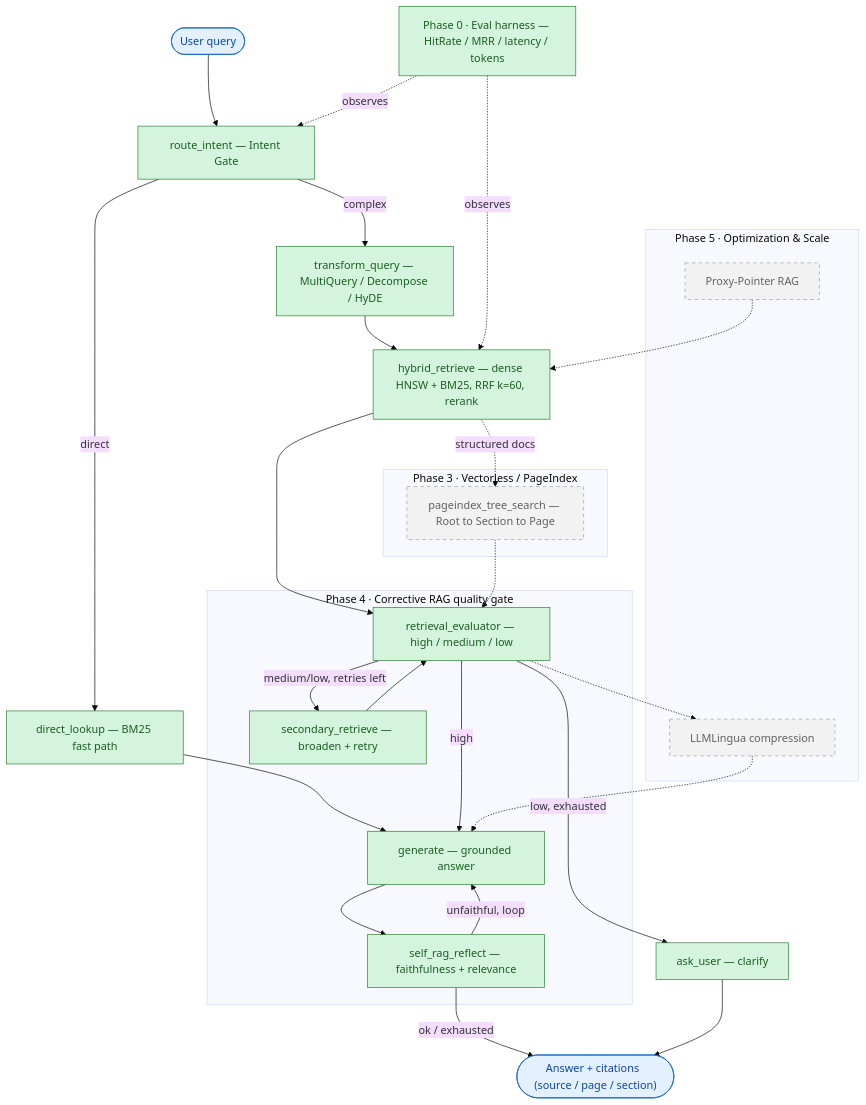
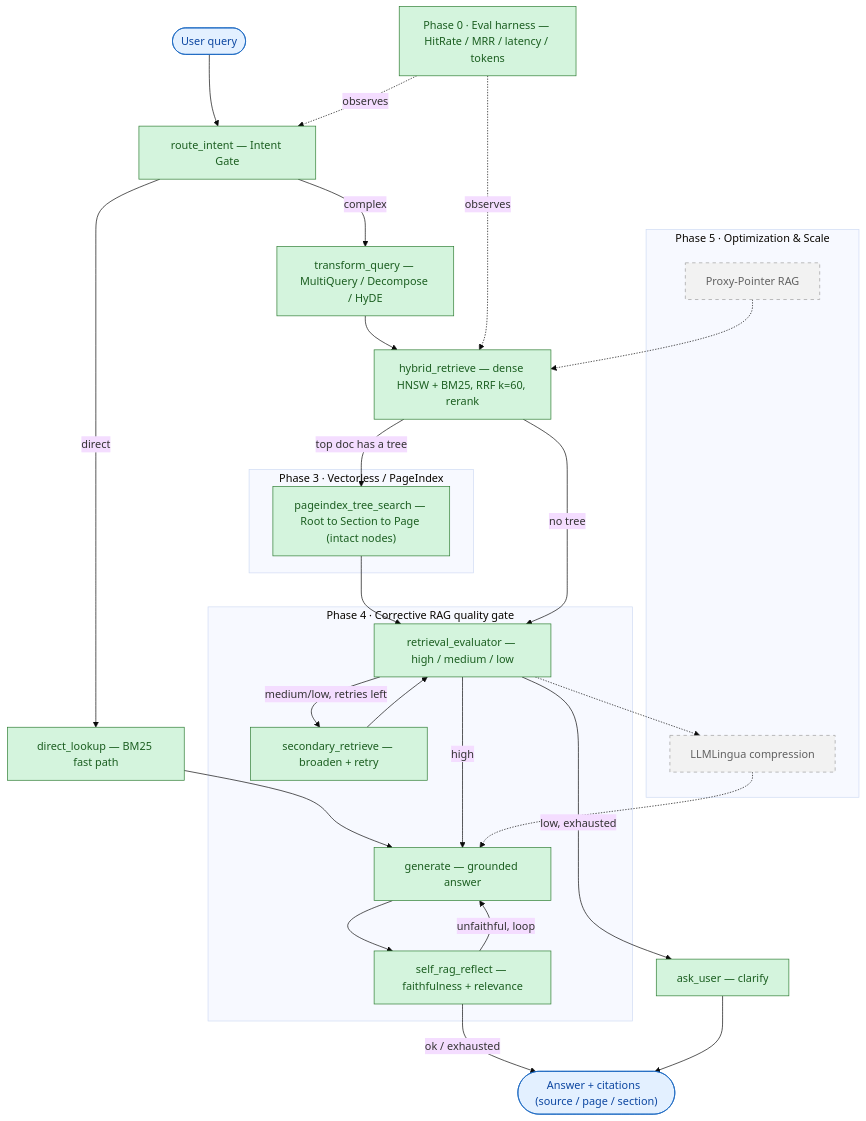
The diagram in ARCHITECTURE.md (shreyas7ss/Hydra), drawn with Mermaid (base theme) before and after one commit. The commit also changed other lines of this file and 23 other files, not shown here.

````diff
--- a/ARCHITECTURE.md
+++ b/ARCHITECTURE.md
@@ -7,55 +7,55 @@
 ```mermaid
 flowchart TD
     Q([User query]) --> RI["route_intent — Intent Gate"]
 
     RI -->|direct| DL["direct_lookup — BM25 fast path"]
     RI -->|complex| TQ["transform_query — MultiQuery / Decompose / HyDE"]
 
     TQ --> HR["hybrid_retrieve — dense HNSW + BM25, RRF k=60, rerank"]
 
-    %% ---- Phase 3: Vectorless / PageIndex ----
+    %% ---- Phase 3: Vectorless / PageIndex (BUILT) ----
     subgraph P3 ["Phase 3 · Vectorless / PageIndex"]
-      PI["pageindex_tree_search — Root to Section to Page"]
+      PI["pageindex_tree_search — Root to Section to Page (intact nodes)"]
     end
-    HR -.->|structured docs| PI
+    HR -->|top doc has a tree| PI
+    PI --> RE
 
     %% ---- Phase 4: Corrective RAG (BUILT) ----
     subgraph P4 ["Phase 4 · Corrective RAG quality gate"]
       RE["retrieval_evaluator — high / medium / low"]
       SEC["secondary_retrieve — broaden + retry"]
       GEN["generate — grounded answer"]
       SR["self_rag_reflect — faithfulness + relevance"]
     end
     DL --> GEN
-    HR --> RE
-    PI -.-> RE
+    HR -->|no tree| RE
     RE -->|high| GEN
     RE -->|medium/low, retries left| SEC
     RE -->|low, exhausted| ASK["ask_user — clarify"]
     SEC --> RE
     GEN --> SR
     SR -->|unfaithful, loop| GEN
     SR -->|ok / exhausted| ANS(["Answer + citations  (source / page / section)"])
     ASK --> ANS
 
     %% ---- Phase 5: Optimization ----
     subgraph P5 ["Phase 5 · Optimization & Scale"]
       LL["LLMLingua compression"]
       PP["Proxy-Pointer RAG"]
     end
     RE -.-> LL -.-> GEN
     PP -.-> HR
 
     %% ---- Phase 0: cross-cutting eval ----
     EVAL["Phase 0 · Eval harness — HitRate / MRR / latency / tokens"]
     EVAL -.observes.-> RI
     EVAL -.observes.-> HR
 
     classDef done fill:#d4f4dd,stroke:#2e7d32,color:#1b5e20;
     classDef pending fill:#f2f2f2,stroke:#9e9e9e,color:#616161,stroke-dasharray: 5 5;
     classDef io fill:#e3f0ff,stroke:#1565c0,color:#0d47a1;
 
-    class RI,DL,TQ,HR,RE,SEC,GEN,SR,ASK,EVAL done;
-    class PI,LL,PP pending;
+    class RI,DL,TQ,HR,PI,RE,SEC,GEN,SR,ASK,EVAL done;
+    class LL,PP pending;
     class Q,ANS io;
 ```
````
